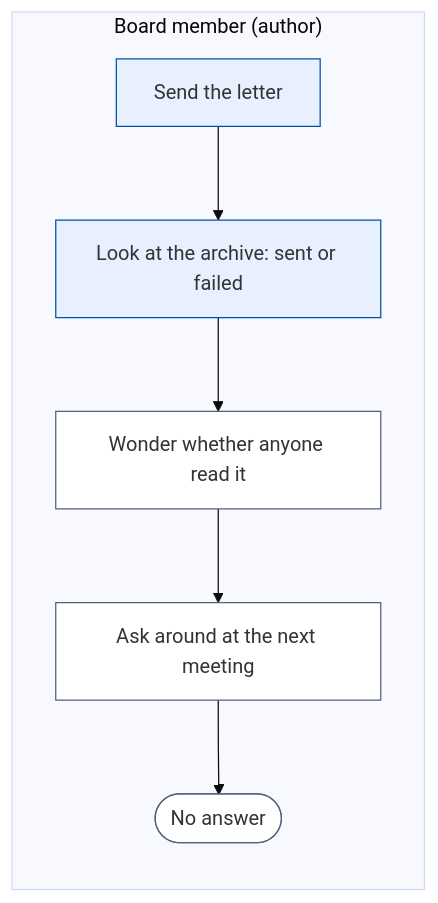
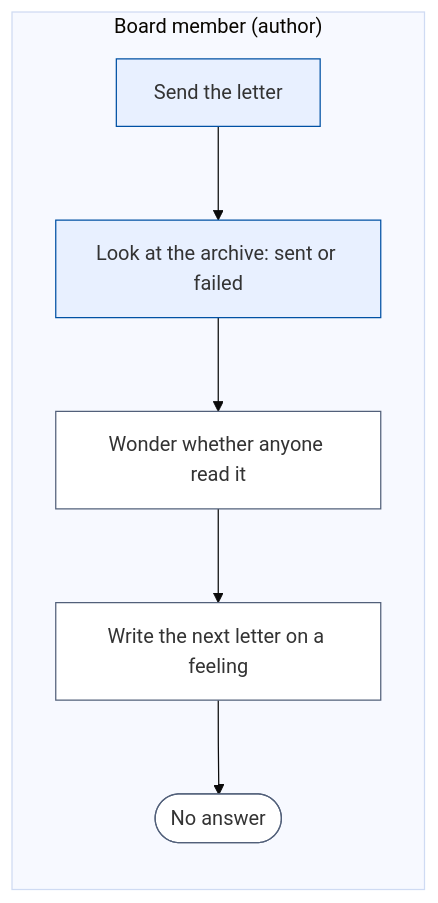
The first of 2 diagrams in docs/change_request_37_newsletter_opens_and_clicks.md (KoenRenders/KoenTest), drawn with Mermaid (base theme) before and after one commit. The commit also changed other lines of this file, not shown here.

````diff
--- a/docs/change_request_37_newsletter_opens_and_clicks.md
+++ b/docs/change_request_37_newsletter_opens_and_clicks.md
@@ -19,14 +19,14 @@
 ```mermaid
 flowchart LR
   subgraph author["Board member (author)"]
     a1[Send the letter]:::tool
     a2[Look at the archive: sent or failed]:::tool
     a3[Wonder whether anyone read it]:::hand
-    a4[Ask around at the next meeting]:::hand
+    a4[Write the next letter on a feeling]:::hand
     s([No answer]):::done
   end
   a1 --> a2 --> a3 --> a4 --> s
   classDef hand fill:#ffffff,stroke:#52607a
   classDef tool fill:#e8f0ff,stroke:#0051a4
   classDef done fill:#ffffff,stroke:#52607a
 ```
````
